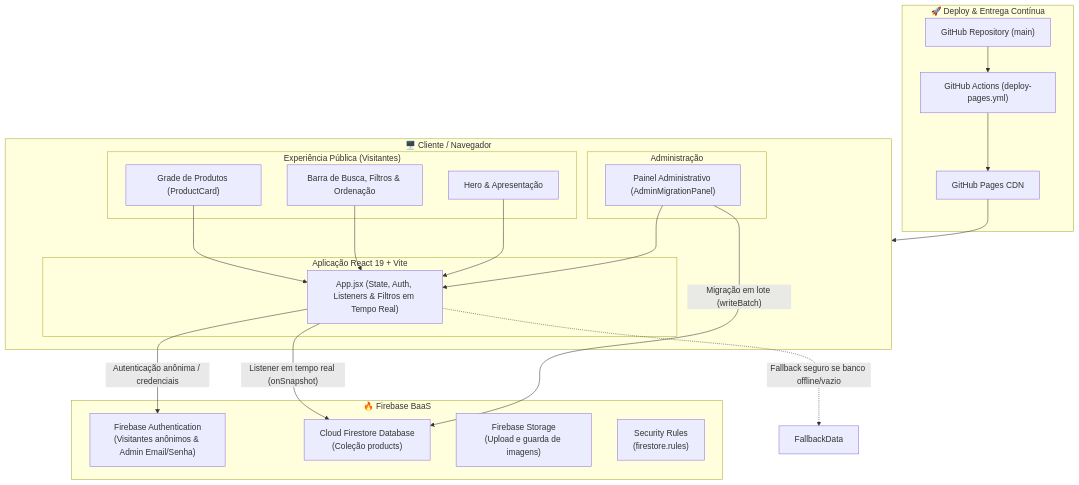
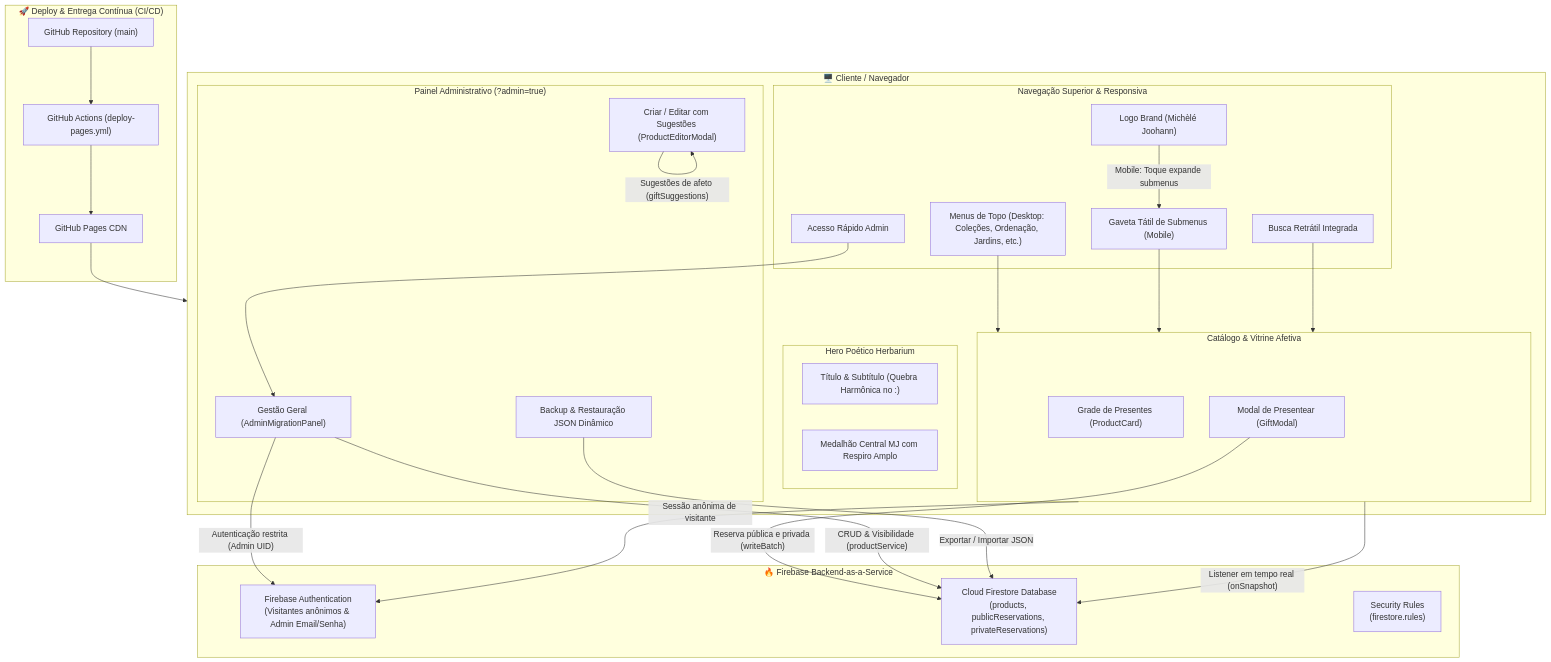
One commit to michelejoohann/jardim-dos-presentes changed the first of 2 diagrams in docs/ARCHITECTURE.md. Above: the diagram before and after it, drawn with Mermaid. The commit also changed other lines of this file and 6 other files, not shown here.

Commit message:
refactor: desacopla dados de produtos do codigo, fonte unica no Firestore e atualiza documentacao

````diff
--- a/docs/ARCHITECTURE.md
+++ b/docs/ARCHITECTURE.md
@@ -11,43 +17,59 @@
 ```mermaid
 graph TB
     subgraph Client ["🖥️ Cliente / Navegador"]
-        subgraph PublicUI ["Experiência Pública (Visitantes)"]
-            Hero["Hero & Apresentação"]
-            Toolbar["Barra de Busca, Filtros & Ordenação"]
-            Grid["Grade de Produtos (ProductCard)"]
+        subgraph TopNav ["Navegação Superior & Responsiva"]
+            Brand["Logo Brand (Michèlé Joohann)"]
+            MobileDrawer["Gaveta Tátil de Submenus (Mobile)"]
+            DesktopNav["Menus de Topo (Desktop: Coleções, Ordenação, Jardins, etc.)"]
+            SearchBtn["Busca Retrátil Integrada"]
+            AdminBtn["Acesso Rápido Admin"]
         end
-        subgraph AdminUI ["Administração"]
-            AdminPanel["Painel Administrativo (AdminMigrationPanel)"]
+
+        subgraph HeroSection ["Hero Poético Herbarium"]
+            HeroTitle["Título & Subtítulo (Quebra Harmônica no :)"]
+            Medallion["Medalhão Central MJ com Respiro Amplo"]
         end
-        subgraph CoreApp ["Aplicação React 19 + Vite"]
-            App["App.jsx (State, Auth, Listeners & Filtros em Tempo Real)"]
+
+        subgraph PublicUI ["Catálogo & Vitrine Afetiva"]
+            Grid["Grade de Presentes (ProductCard)"]
+            GiftModalUI["Modal de Presentear (GiftModal)"]
+        end
+
+        subgraph AdminUI ["Painel Administrativo (?admin=true)"]
+            AdminPanel["Gestão Geral (AdminMigrationPanel)"]
+            ProductEditor["Criar / Editar com Sugestões (ProductEditorModal)"]
+            BackupTool["Backup & Restauração JSON Dinâmico"]
         end
     end
 
-    subgraph FirebaseServices ["🔥 Firebase BaaS"]
+    subgraph FirebaseServices ["🔥 Firebase Backend-as-a-Service"]
         Auth["Firebase Authentication<br/>(Visitantes anônimos & Admin Email/Senha)"]
-        Firestore["Cloud Firestore Database<br/>(Coleção products)"]
-        Storage["Firebase Storage<br/>(Upload e guarda de imagens)"]
+        Firestore["Cloud Firestore Database<br/>(products, publicReservations, privateReservations)"]
         Rules["Security Rules<br/>(firestore.rules)"]
     end
 
-    subgraph HostingPipeline ["🚀 Deploy & Entrega Contínua"]
+    subgraph HostingPipeline ["🚀 Deploy & Entrega Contínua (CI/CD)"]
         GHRepo["GitHub Repository (main)"]
         GHActions["GitHub Actions (deploy-pages.yml)"]
         GHPages["GitHub Pages CDN"]
     end
 
-    Grid --> App
-    Toolbar --> App
-    Hero --> App
-    AdminPanel --> App
+    Brand -- "Mobile: Toque expande submenus" --> MobileDrawer
+    DesktopNav --> PublicUI
+    MobileDrawer --> PublicUI
+    SearchBtn --> PublicUI
+    AdminBtn --> AdminPanel
 
-    App -- "Autenticação anônima / credenciais" --> Auth
-    App -- "Listener em tempo real (onSnapshot)" --> Firestore
-    AdminPanel -- "Migração em lote (writeBatch)" --> Firestore
-    App -. "Fallback seguro se banco offline/vazio" .-> FallbackData
+    PublicUI -- "Listener em tempo real (onSnapshot)" --> Firestore
+    PublicUI -- "Sessão anônima de visitante" --> Auth
+    GiftModalUI -- "Reserva pública e privada (writeBatch)" --> Firestore
+
+    AdminPanel -- "Autenticação restrita (Admin UID)" --> Auth
+    AdminPanel -- "CRUD & Visibilidade (productService)" --> Firestore
+    ProductEditor -- "Sugestões de afeto (giftSuggestions)" --> ProductEditor
+    BackupTool -- "Exportar / Importar JSON" --> Firestore
 
     GHRepo --> GHActions
     GHActions --> GHPages
     GHPages --> Client
 ```
````
